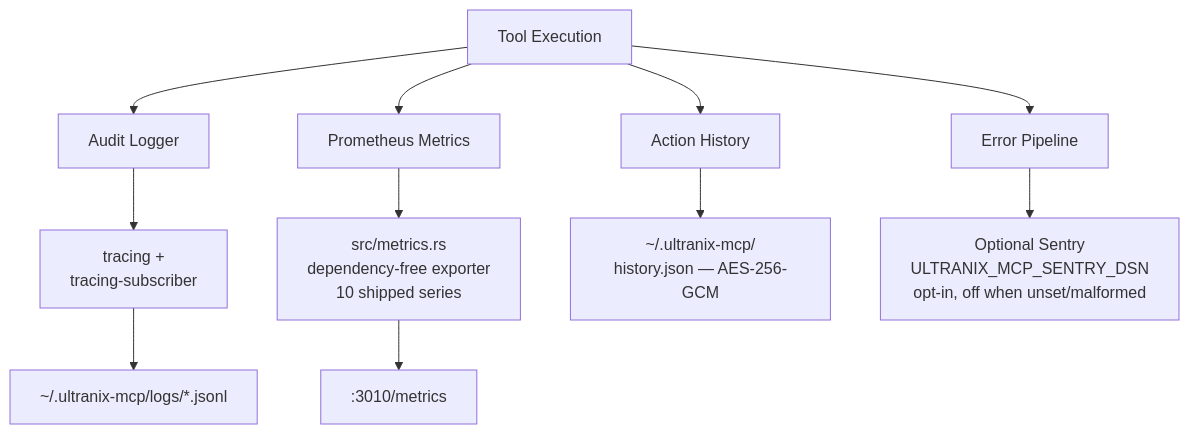
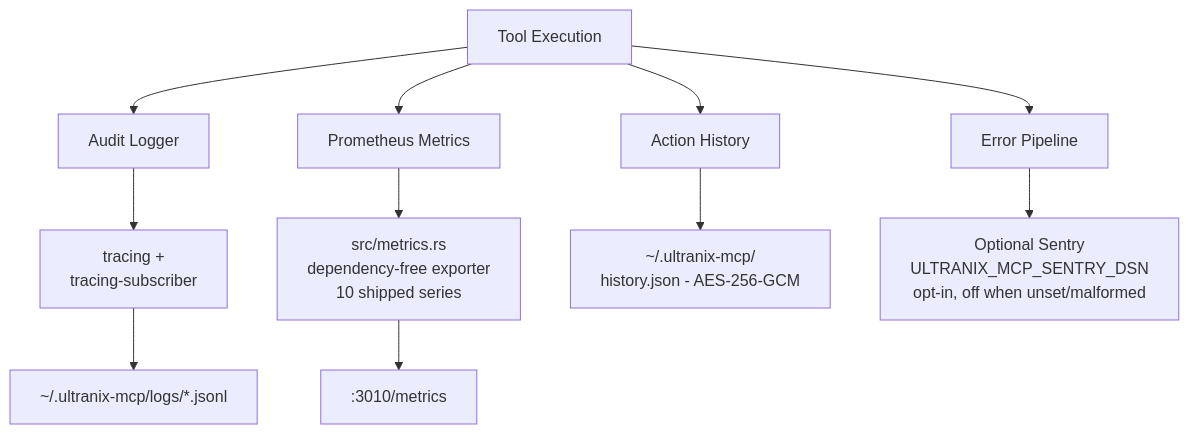
One commit to jxoesneon/ultranix-mcp changed the fifth of 9 diagrams in docs/ARCHITECTURE.md. Above: the diagram before and after it, drawn with Mermaid. The commit also changed other lines of this file and 111 other files, not shown here.

````diff
--- a/docs/ARCHITECTURE.md
+++ b/docs/ARCHITECTURE.md
@@ -549,15 +541,15 @@
 ```mermaid
 graph TB
     EXEC[Tool Execution] --> LOG[Audit Logger]
     EXEC --> METRICS[Prometheus Metrics]
     EXEC --> HISTORY[Action History]
     EXEC --> ERR[Error Pipeline]
 
     LOG --> TRACING[tracing +<br/>tracing-subscriber]
     METRICS --> PROM[src/metrics.rs<br/>dependency-free exporter<br/>10 shipped series]
-    HISTORY --> JSON[~/.ultranix-mcp/<br/>history.json — AES-256-GCM]
+    HISTORY --> JSON[~/.ultranix-mcp/<br/>history.json - AES-256-GCM]
     ERR --> SENTRY2[Optional Sentry<br/>ULTRANIX_MCP_SENTRY_DSN<br/>opt-in, off when unset/malformed]
 
     TRACING --> DISK[~/.ultranix-mcp/logs/*.jsonl]
     PROM --> ENDPOINT[:3010/metrics]
 ```
````
